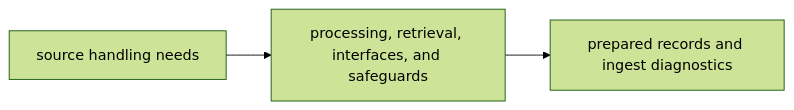
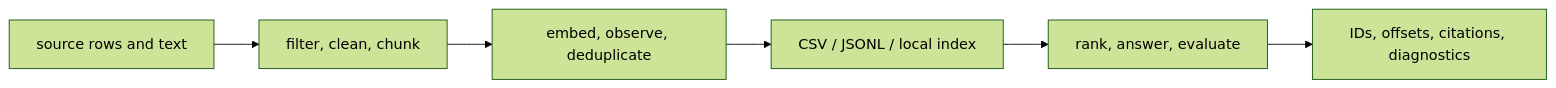
The diagram in docs/02-bijux-canon-ingest/foundation/capability-map.md (bijux/bijux-canon), drawn with Mermaid (forest theme) before and after one commit. The commit also changed other lines of this file and 2 other files, not shown here.

Commit message:
docs(ingest): connect capabilities code and proof

````diff
--- a/docs/02-bijux-canon-ingest/foundation/capability-map.md
+++ b/docs/02-bijux-canon-ingest/foundation/capability-map.md
@@ -16,8 +17,11 @@
 ```mermaid
 flowchart LR
-    source["source handling needs"]
-    modules["processing, retrieval, interfaces, and safeguards"]
-    outputs["prepared records and ingest diagnostics"]
+    source["source rows and text"]
+    prepare["filter, clean, chunk"]
+    enrich["embed, observe, deduplicate"]
+    persist["CSV / JSONL / local index"]
+    retrieve["rank, answer, evaluate"]
+    evidence["IDs, offsets, citations, diagnostics"]
 
-    source --> modules --> outputs
+    source --> prepare --> enrich --> persist --> retrieve --> evidence
 ```
````
